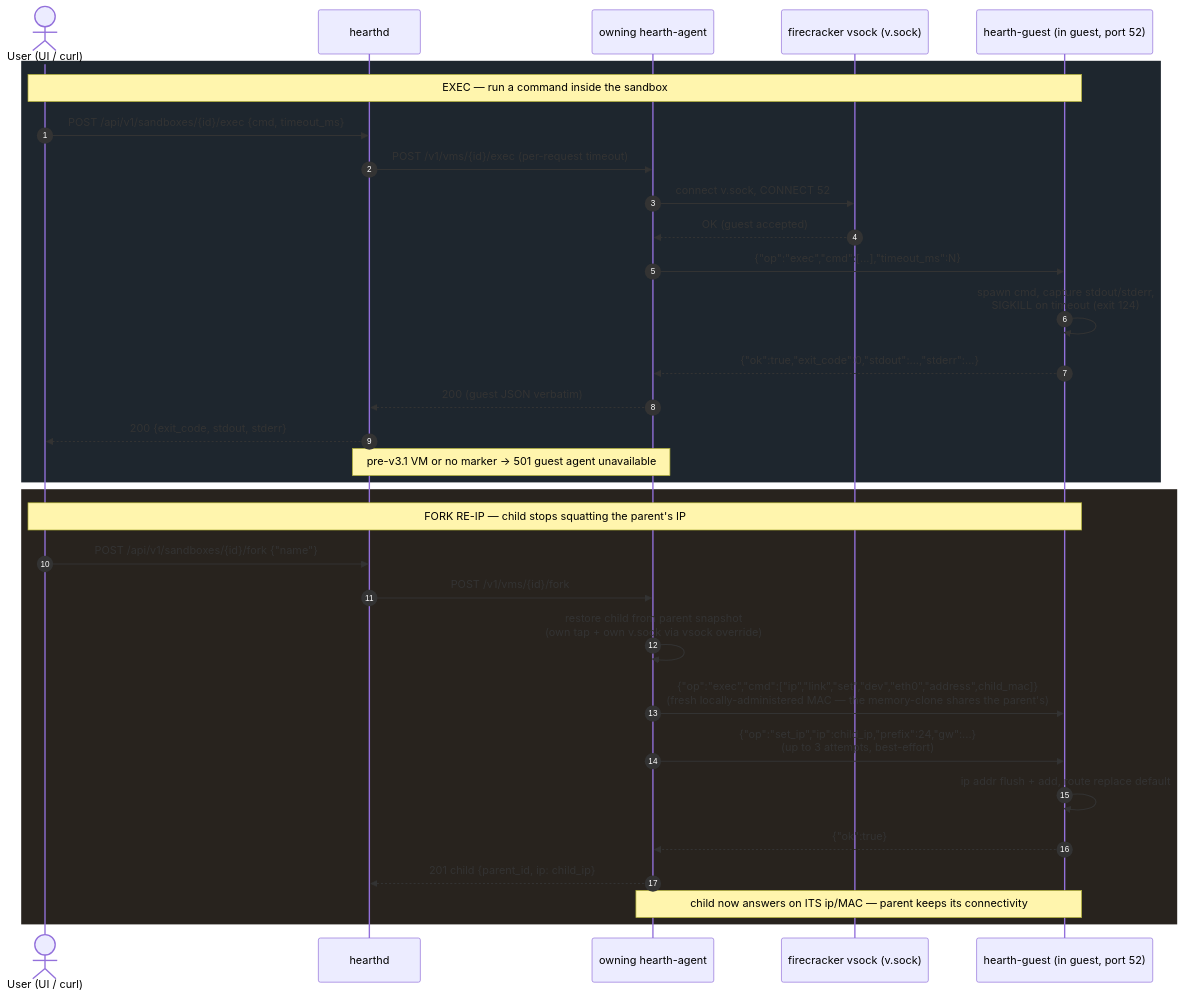
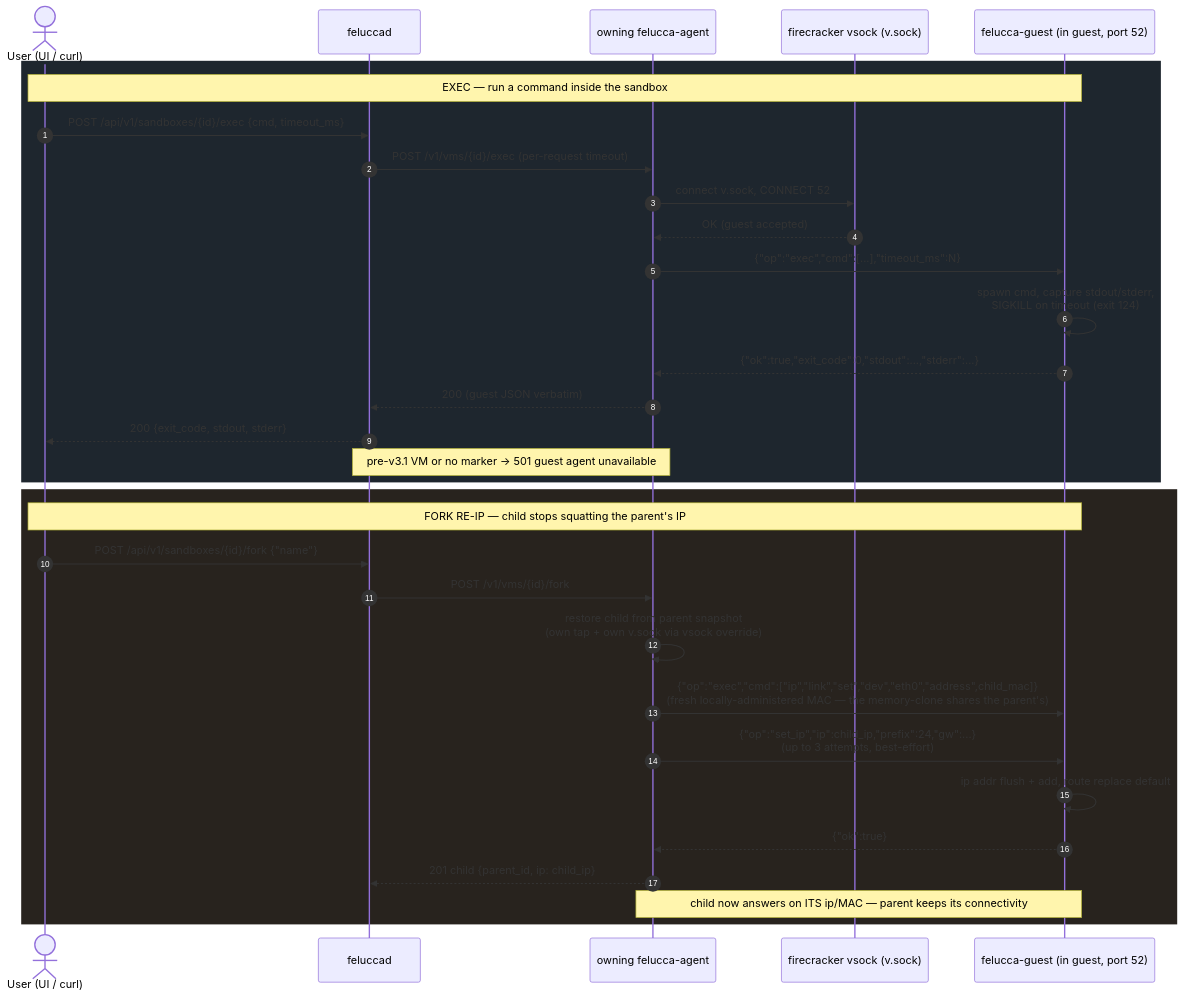
One commit to Sodoko-dev/felucca changed the eighth of 11 diagrams in docs/ARCHITECTURE.md. Above: the diagram before and after it, drawn with Mermaid. The commit also changed other lines of this file and 192 other files, not shown here.

````diff
--- a/docs/ARCHITECTURE.md
+++ b/docs/ARCHITECTURE.md
@@ -369,36 +369,36 @@
 ```mermaid
 sequenceDiagram
     autonumber
     actor U as User (UI / curl)
-    participant H as hearthd
-    participant A as owning hearth-agent
+    participant H as feluccad
+    participant A as owning felucca-agent
     participant F as firecracker vsock (v.sock)
-    participant G as hearth-guest (in guest, port 52)
+    participant G as felucca-guest (in guest, port 52)
 
     rect rgb(30,38,46)
     Note over U,G: EXEC — run a command inside the sandbox
     U->>H: POST /api/v1/sandboxes/{id}/exec {cmd, timeout_ms}
     H->>A: POST /v1/vms/{id}/exec (per-request timeout)
     A->>F: connect v.sock, CONNECT 52
     F-->>A: OK (guest accepted)
     A->>G: {"op":"exec","cmd":[...],"timeout_ms":N}
     G->>G: spawn cmd, capture stdout/stderr,<br/>SIGKILL on timeout (exit 124)
     G-->>A: {"ok":true,"exit_code":0,"stdout":...,"stderr":...}
     A-->>H: 200 (guest JSON verbatim)
     H-->>U: 200 {exit_code, stdout, stderr}
     Note over H,A: pre-v3.1 VM or no marker → 501 guest agent unavailable
     end
 
     rect rgb(40,35,30)
     Note over U,G: FORK RE-IP — child stops squatting the parent's IP
     U->>H: POST /api/v1/sandboxes/{id}/fork {"name"}
     H->>A: POST /v1/vms/{id}/fork
     A->>A: restore child from parent snapshot<br/>(own tap + own v.sock via vsock override)
     A->>G: {"op":"exec","cmd":["ip","link","set","dev","eth0","address",child_mac]}<br/>(fresh locally-administered MAC — the memory-clone shares the parent's)
     A->>G: {"op":"set_ip","ip":child_ip,"prefix":24,"gw":...}<br/>(up to 3 attempts, best-effort)
     G->>G: ip addr flush + add, route replace default
     G-->>A: {"ok":true}
     A-->>H: 201 child {parent_id, ip: child_ip}
     Note over A,G: child now answers on ITS ip/MAC — parent keeps its connectivity
     end
 ```
````
